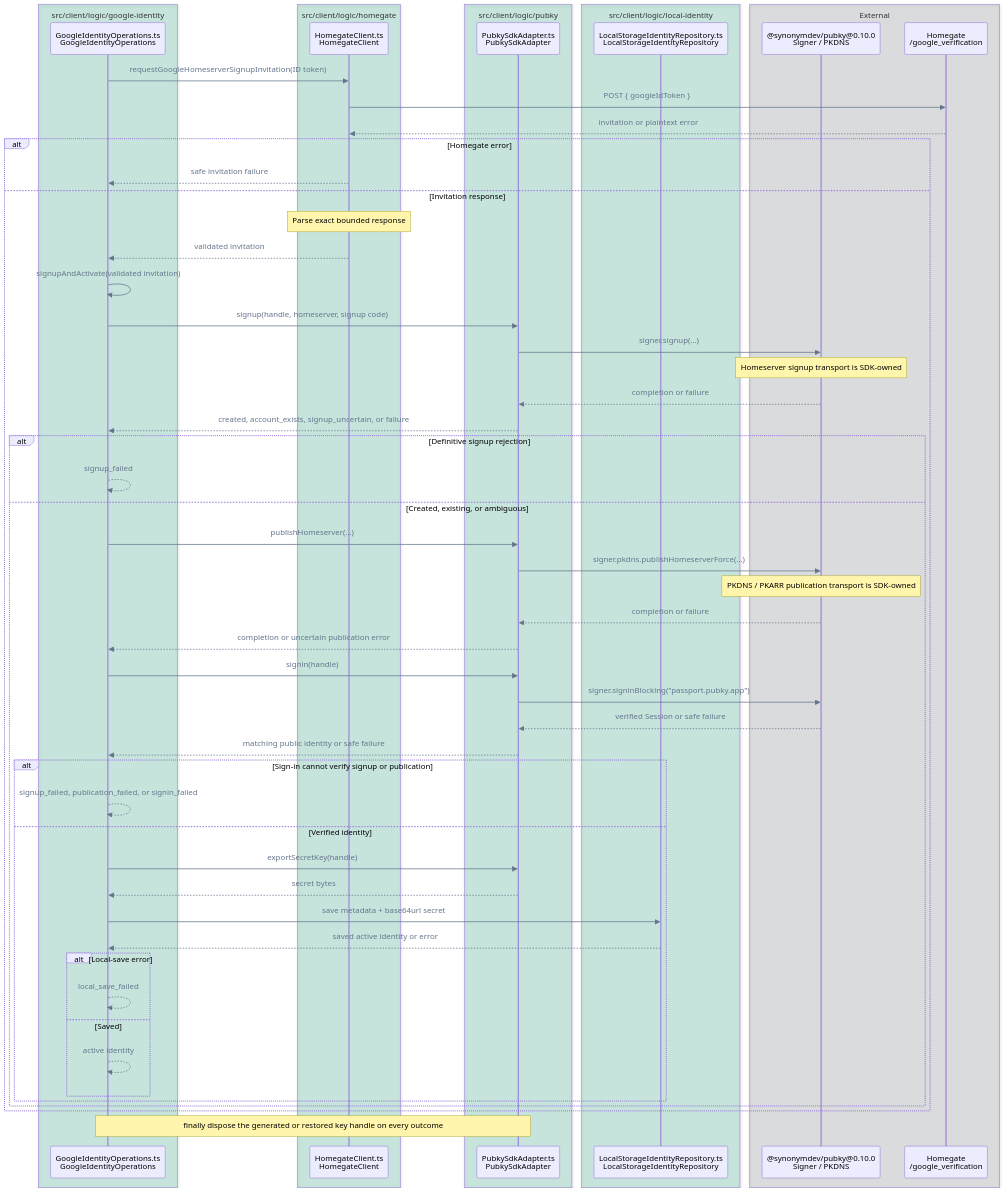
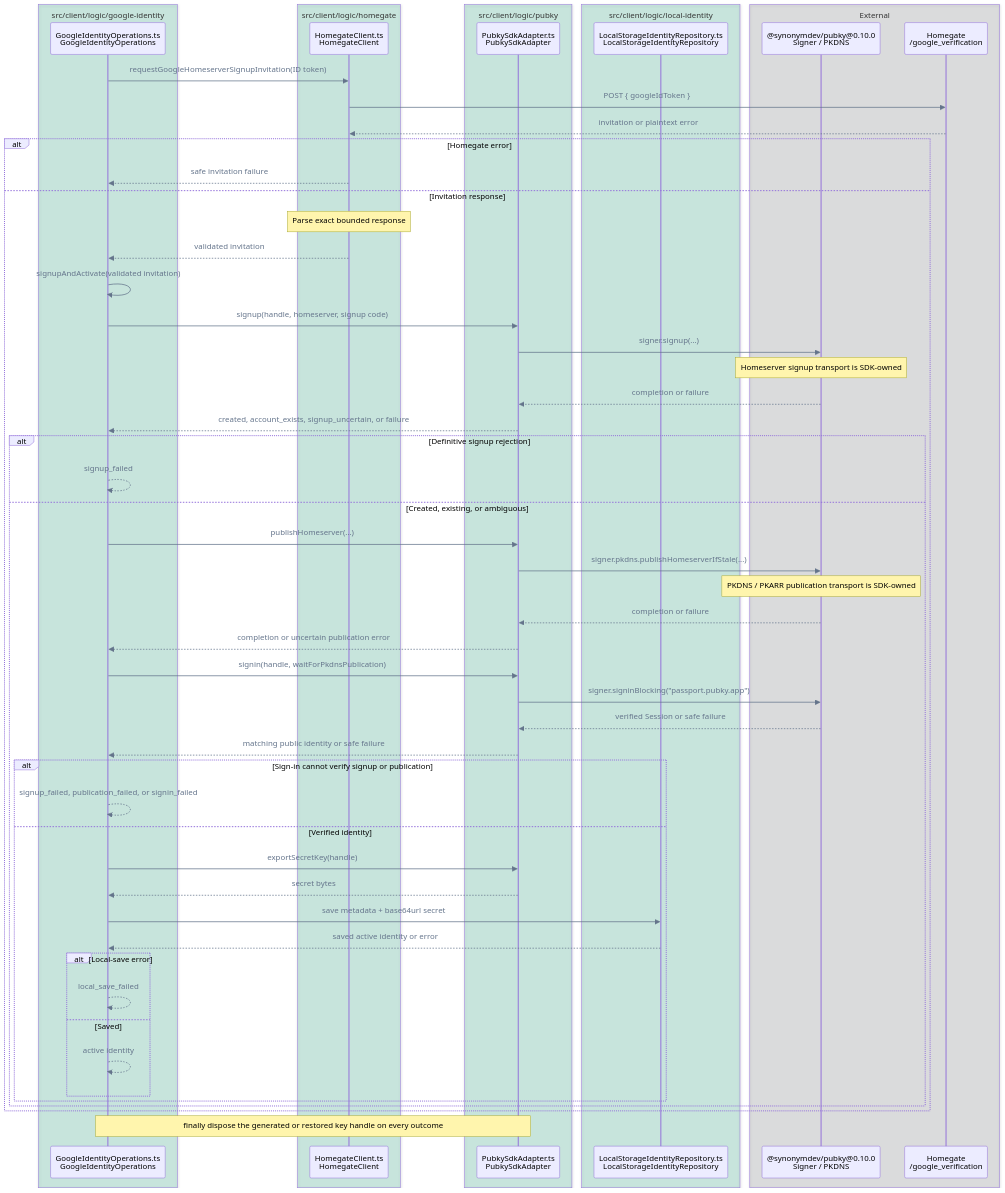
Diagram 11 of 14 in FLOWS.md (pubky/pubky-passport), drawn with Mermaid before and after one commit. The commit also changed other lines of this file and 22 other files, not shown here.

Commit message:
fix: harden identity authentication flows

````diff
--- a/FLOWS.md
+++ b/FLOWS.md
@@ -531,65 +529,65 @@
 ```mermaid
 %%{init: {"themeVariables": {"signalColor": "#64748B", "signalTextColor": "#64748B"}}}%%
 sequenceDiagram
     accTitle: Missing identity activation and local save call flow
     accDescr: GoogleIdentityOperations requests a homeserver signup invitation, then uses its shared signup-and-activation method for both fresh creation and interrupted setup recovery.
     box rgba(0, 158, 115, 0.18) src/client/logic/google-identity
         participant Operations as GoogleIdentityOperations.ts<br/>GoogleIdentityOperations
     end
     box rgba(0, 158, 115, 0.18) src/client/logic/homegate
         participant Invite as HomegateClient.ts<br/>HomegateClient
     end
     box rgba(0, 158, 115, 0.18) src/client/logic/pubky
         participant Pubky as PubkySdkAdapter.ts<br/>PubkySdkAdapter
     end
     box rgba(0, 158, 115, 0.18) src/client/logic/local-identity
         participant Repo as LocalStorageIdentityRepository.ts<br/>LocalStorageIdentityRepository
     end
     box rgba(17, 24, 39, 0.12) External
         participant SDK as @synonymdev/pubky@0.10.0<br/>Signer / PKDNS
         participant Homegate as Homegate<br/>/google_verification
     end
 
     Operations->>Invite: requestGoogleHomeserverSignupInvitation(ID token)
     Invite->>Homegate: POST { googleIdToken }
     Homegate-->>Invite: invitation or plaintext error
     alt Homegate error
         Invite-->>Operations: safe invitation failure
     else Invitation response
         Note over Invite: Parse exact bounded response
         Invite-->>Operations: validated invitation
         Operations->>Operations: signupAndActivate(validated invitation)
         Operations->>Pubky: signup(handle, homeserver, signup code)
         Pubky->>SDK: signer.signup(...)
         Note over SDK: Homeserver signup transport is SDK-owned
         SDK-->>Pubky: completion or failure
         Pubky-->>Operations: created, account_exists, signup_uncertain, or failure
         alt Definitive signup rejection
             Operations-->>Operations: signup_failed
         else Created, existing, or ambiguous
             Operations->>Pubky: publishHomeserver(...)
-            Pubky->>SDK: signer.pkdns.publishHomeserverForce(...)
+            Pubky->>SDK: signer.pkdns.publishHomeserverIfStale(...)
             Note over SDK: PKDNS / PKARR publication transport is SDK-owned
             SDK-->>Pubky: completion or failure
             Pubky-->>Operations: completion or uncertain publication error
-            Operations->>Pubky: signin(handle)
+            Operations->>Pubky: signin(handle, waitForPkdnsPublication)
             Pubky->>SDK: signer.signinBlocking("passport.pubky.app")
             SDK-->>Pubky: verified Session or safe failure
             Pubky-->>Operations: matching public identity or safe failure
             alt Sign-in cannot verify signup or publication
                 Operations-->>Operations: signup_failed, publication_failed, or signin_failed
             else Verified identity
                 Operations->>Pubky: exportSecretKey(handle)
                 Pubky-->>Operations: secret bytes
                 Operations->>Repo: save metadata + base64url secret
                 Repo-->>Operations: saved active identity or error
                 alt Local-save error
                     Operations-->>Operations: local_save_failed
                 else Saved
                     Operations-->>Operations: active identity
                 end
             end
         end
     end
     Note over Operations,Pubky: finally dispose the generated or restored key handle on every outcome
 ```
````
